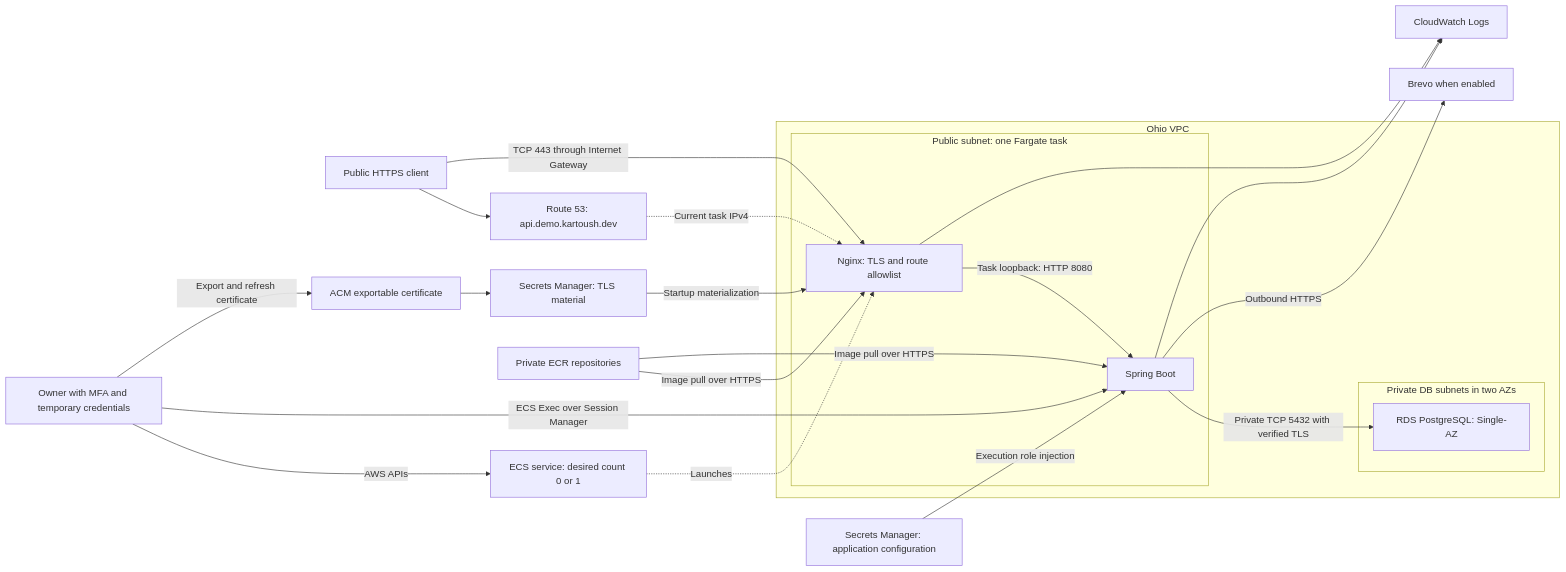
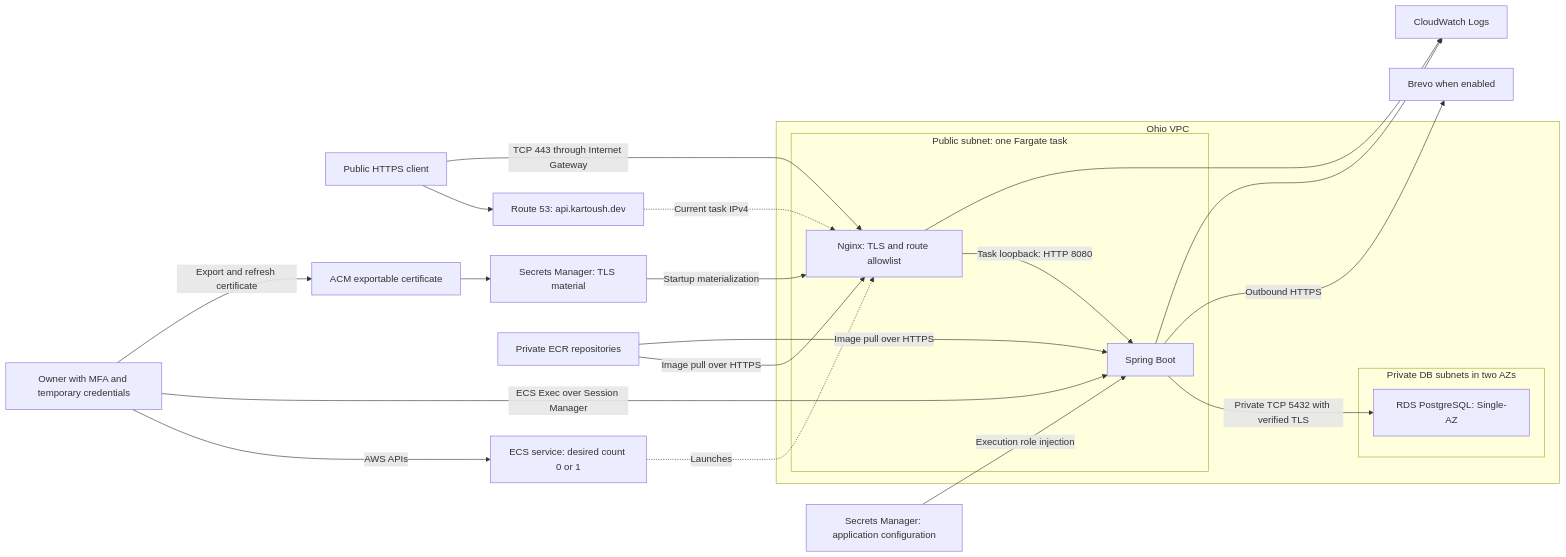
Before and after one commit to jbolous/kartoush: the diagram in docs/architecture/aws-phase-1-target-architecture.md, drawn with Mermaid. The commit also changed other lines of this file, not shown here.

Commit message:
docs: use api.kartoush.dev for Phase 1 ingress

````diff
--- a/docs/architecture/aws-phase-1-target-architecture.md
+++ b/docs/architecture/aws-phase-1-target-architecture.md
@@ -28,27 +28,27 @@
 ```mermaid
 flowchart LR
-    Viewer[Public HTTPS client] --> DNS[Route 53: api.demo.kartoush.dev]
+    Viewer[Public HTTPS client] --> DNS[Route 53: api.kartoush.dev]
     DNS -. Current task IPv4 .-> Proxy
     Viewer -->|TCP 443 through Internet Gateway| Proxy
     Owner[Owner with MFA and temporary credentials] -->|AWS APIs| ECS[ECS service: desired count 0 or 1]
     Owner -->|ECS Exec over Session Manager| App
     Owner -->|Export and refresh certificate| ACM[ACM exportable certificate]
     ACM --> TLS[Secrets Manager: TLS material]
     ECS -. Launches .-> Proxy
     ECR[Private ECR repositories] -->|Image pull over HTTPS| Proxy
     ECR -->|Image pull over HTTPS| App
     Secrets[Secrets Manager: application configuration] -->|Execution role injection| App
     TLS -->|Startup materialization| Proxy
     subgraph VPC[Ohio VPC]
         subgraph Public[Public subnet: one Fargate task]
             Proxy[Nginx: TLS and route allowlist] -->|Task loopback: HTTP 8080| App[Spring Boot]
         end
         subgraph Private[Private DB subnets in two AZs]
             DB[RDS PostgreSQL: Single-AZ]
         end
         App -->|Private TCP 5432 with verified TLS| DB
     end
     App -->|Outbound HTTPS| Email[Brevo when enabled]
     Proxy --> Logs[CloudWatch Logs]
     App --> Logs
 ```
````
